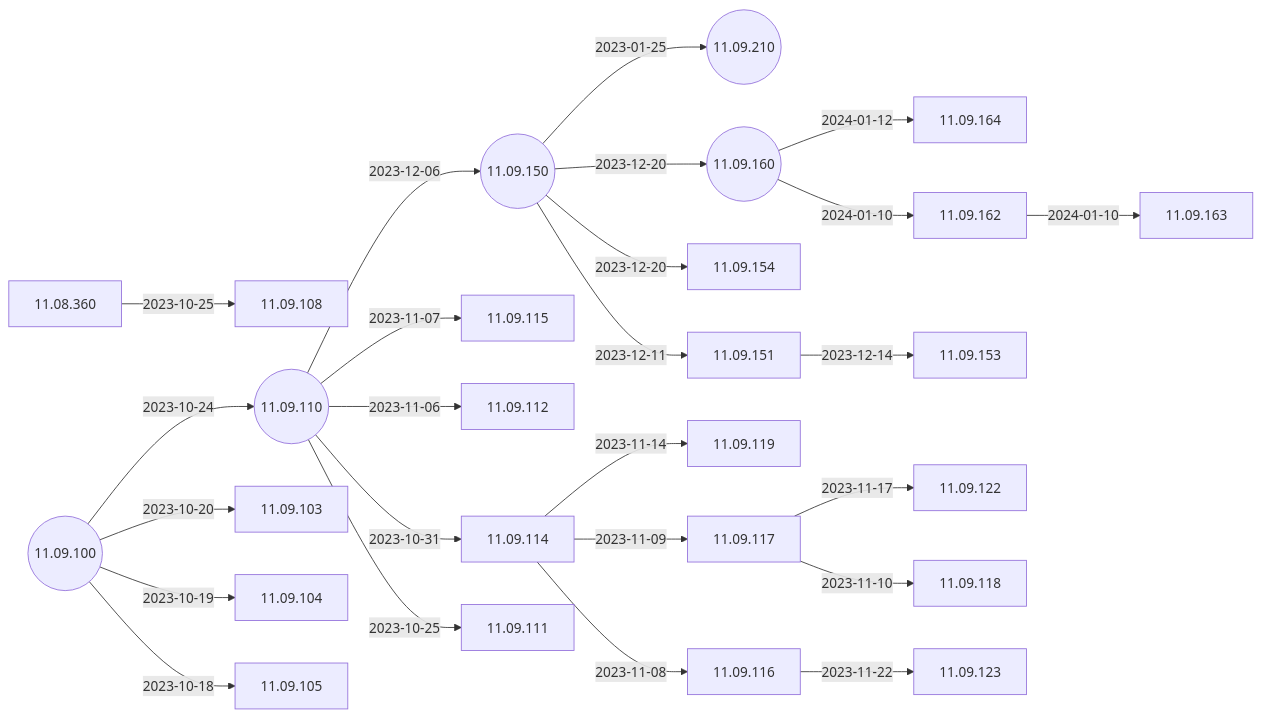
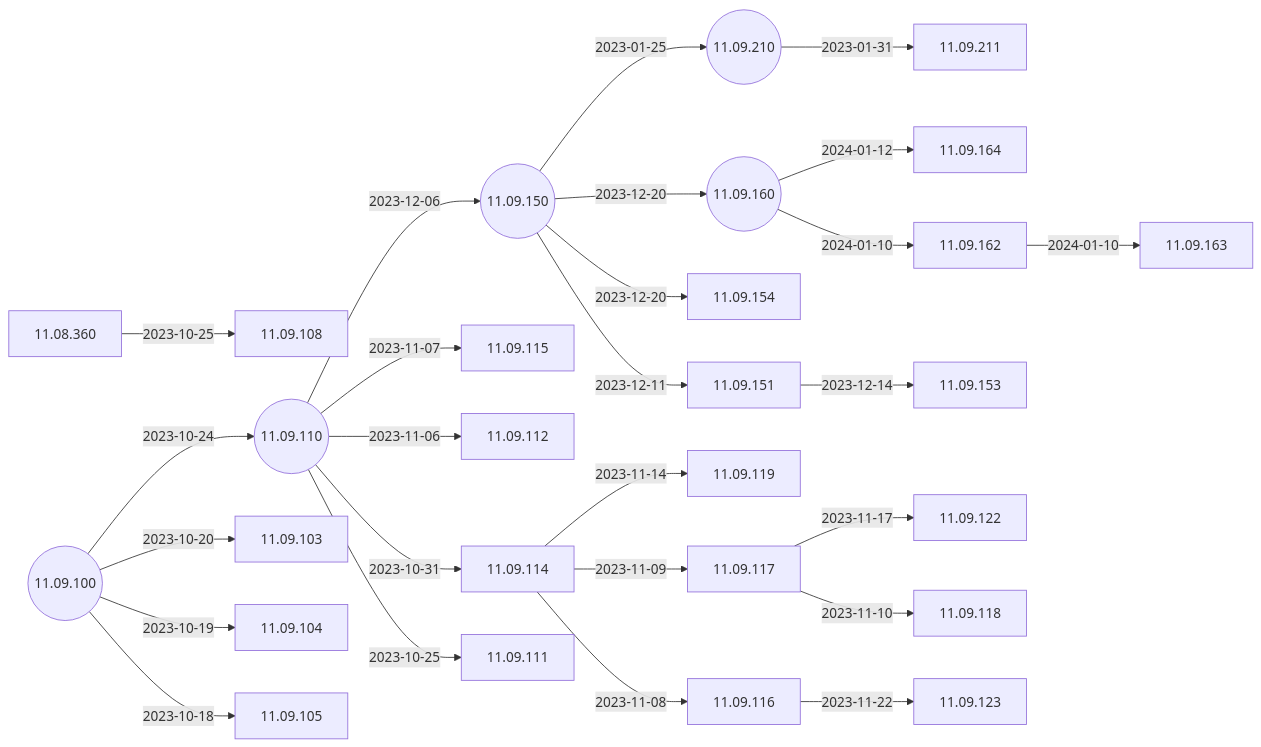
Before and after one commit to IGEL-Community/IGEL-Docs-v02: the second of 5 diagrams in docs/Docs/ReleaseNotes/01-OS11/README.md, drawn with Mermaid. The commit also changed 3 other files, not shown here.

````diff
--- a/docs/Docs/ReleaseNotes/01-OS11/README.md
+++ b/docs/Docs/ReleaseNotes/01-OS11/README.md
@@ -41,53 +41,55 @@
 ```mermaid
 flowchart LR
+    11.09.210-- 2023-01-31 -->11.09.211
     11.09.150-- 2023-01-25 -->11.09.210((11.09.210))
     11.09.162-- 2024-01-10 -->11.09.163
     11.09.160-- 2024-01-12 -->11.09.164
     11.09.160-- 2024-01-10 -->11.09.162
     11.09.150-- 2023-12-20 -->11.09.160((11.09.160))
     11.09.150-- 2023-12-20 -->11.09.154
     11.09.151-- 2023-12-14 -->11.09.153
     11.09.150-- 2023-12-11 -->11.09.151
     11.09.110-- 2023-12-06 -->11.09.150((11.09.150))
     11.09.116-- 2023-11-22 -->11.09.123
     11.09.117-- 2023-11-17 -->11.09.122
     11.09.114-- 2023-11-14 -->11.09.119
     11.09.117-- 2023-11-10 -->11.09.118
     11.09.114-- 2023-11-09 -->11.09.117
     11.09.114-- 2023-11-08 -->11.09.116
     11.09.110-- 2023-11-07 -->11.09.115
     11.09.110-- 2023-11-06 -->11.09.112
     11.09.110-- 2023-10-31 -->11.09.114
     11.08.360-- 2023-10-25 -->11.09.108
     11.09.110-- 2023-10-25 -->11.09.111
     11.09.100-- 2023-10-24 -->11.09.110((11.09.110))
     11.09.100-- 2023-10-20 -->11.09.103
     11.09.100-- 2023-10-19 -->11.09.104
     11.09.100-- 2023-10-18 -->11.09.105
     11.09.100((11.09.100))
+    click 11.09.211 "https://github.com/IGEL-Community/IGEL-Docs-v02/tree/main/docs/Docs/ReleaseNotes/01-OS11/readme11.09.211.txt" _blank
     click 11.09.210 "https://github.com/IGEL-Community/IGEL-Docs-v02/tree/main/docs/Docs/ReleaseNotes/01-OS11/readme11.09.210.txt" _blank
     click 11.09.163 "https://github.com/IGEL-Community/IGEL-Docs-v02/tree/main/docs/Docs/ReleaseNotes/01-OS11/readme11.09.163.txt" _blank
     click 11.09.164 "https://github.com/IGEL-Community/IGEL-Docs-v02/tree/main/docs/Docs/ReleaseNotes/01-OS11/readme11.09.164.txt" _blank
     click 11.09.162 "https://github.com/IGEL-Community/IGEL-Docs-v02/tree/main/docs/Docs/ReleaseNotes/01-OS11/readme11.09.162.txt" _blank
     click 11.09.160 "https://github.com/IGEL-Community/IGEL-Docs-v02/tree/main/docs/Docs/ReleaseNotes/01-OS11/readme11.09.160.txt" _blank
     click 11.09.154 "https://github.com/IGEL-Community/IGEL-Docs-v02/tree/main/docs/Docs/ReleaseNotes/01-OS11/readme11.09.154.txt" _blank
     click 11.09.153 "https://github.com/IGEL-Community/IGEL-Docs-v02/tree/main/docs/Docs/ReleaseNotes/01-OS11/readme11.09.153.txt" _blank
     click 11.09.151 "https://github.com/IGEL-Community/IGEL-Docs-v02/tree/main/docs/Docs/ReleaseNotes/01-OS11/readme11.09.151.txt" _blank
     click 11.09.150 "https://github.com/IGEL-Community/IGEL-Docs-v02/tree/main/docs/Docs/ReleaseNotes/01-OS11/readme11.09.150.txt" _blank
     click 11.09.123 "https://github.com/IGEL-Community/IGEL-Docs-v02/tree/main/docs/Docs/ReleaseNotes/01-OS11/readme11.09.123.txt" _blank
     click 11.09.122 "https://github.com/IGEL-Community/IGEL-Docs-v02/tree/main/docs/Docs/ReleaseNotes/01-OS11/readme11.09.122.txt" _blank
     click 11.09.119 "https://github.com/IGEL-Community/IGEL-Docs-v02/tree/main/docs/Docs/ReleaseNotes/01-OS11/readme11.09.119.txt" _blank
     click 11.09.118 "https://github.com/IGEL-Community/IGEL-Docs-v02/tree/main/docs/Docs/ReleaseNotes/01-OS11/readme11.09.118.txt" _blank
     click 11.09.117 "https://github.com/IGEL-Community/IGEL-Docs-v02/tree/main/docs/Docs/ReleaseNotes/01-OS11/readme11.09.117.txt" _blank
     click 11.09.116 "https://github.com/IGEL-Community/IGEL-Docs-v02/tree/main/docs/Docs/ReleaseNotes/01-OS11/readme11.09.116.txt" _blank
     click 11.09.115 "https://github.com/IGEL-Community/IGEL-Docs-v02/tree/main/docs/Docs/ReleaseNotes/01-OS11/readme11.09.115.txt" _blank
     click 11.09.112 "https://github.com/IGEL-Community/IGEL-Docs-v02/tree/main/docs/Docs/ReleaseNotes/01-OS11/readme11.09.112.txt" _blank
     click 11.09.114 "https://github.com/IGEL-Community/IGEL-Docs-v02/tree/main/docs/Docs/ReleaseNotes/01-OS11/readme11.09.114.txt" _blank
     click 11.09.108 "https://github.com/IGEL-Community/IGEL-Docs-v02/tree/main/docs/Docs/ReleaseNotes/01-OS11/readme11.09.108.txt" _blank
     click 11.09.111 "https://github.com/IGEL-Community/IGEL-Docs-v02/tree/main/docs/Docs/ReleaseNotes/01-OS11/readme11.09.111.txt" _blank
     click 11.09.110 "https://github.com/IGEL-Community/IGEL-Docs-v02/tree/main/docs/Docs/ReleaseNotes/01-OS11/readme11.09.110.txt" _blank
     click 11.09.103 "https://github.com/IGEL-Community/IGEL-Docs-v02/tree/main/docs/Docs/ReleaseNotes/01-OS11/readme11.09.103.txt" _blank
     click 11.09.104 "https://github.com/IGEL-Community/IGEL-Docs-v02/tree/main/docs/Docs/ReleaseNotes/01-OS11/readme11.09.104.txt" _blank
     click 11.09.105 "https://github.com/IGEL-Community/IGEL-Docs-v02/tree/main/docs/Docs/ReleaseNotes/01-OS11/readme11.09.105.txt" _blank
     click 11.09.100 "https://github.com/IGEL-Community/IGEL-Docs-v02/tree/main/docs/Docs/ReleaseNotes/01-OS11/readme11.09.100.txt" _blank
 ```
````
